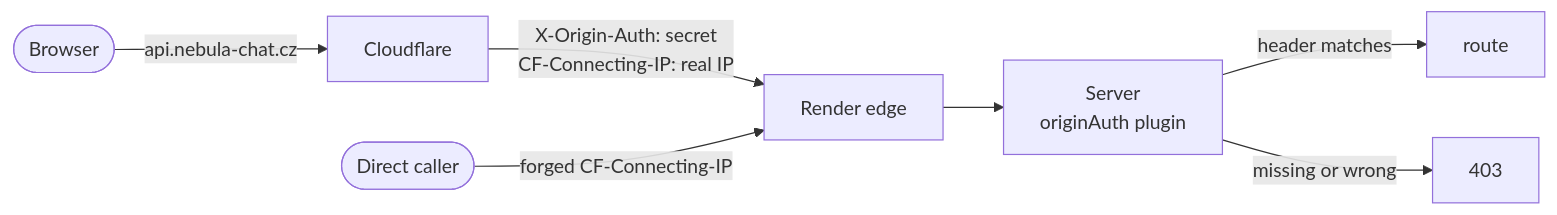
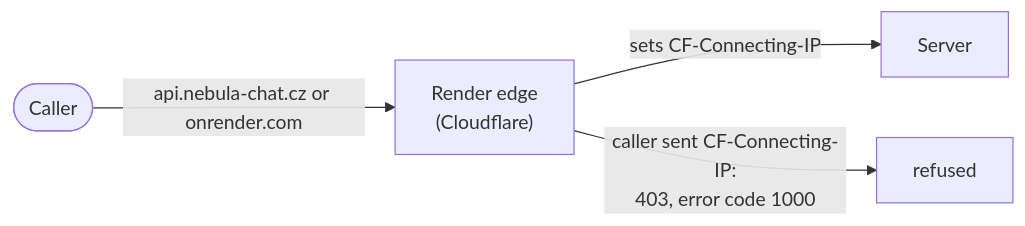
One commit to itsDaiton/nebula-chat changed the diagram in docs/origin-access.md. Above: the diagram before and after it, drawn with Mermaid. The commit also changed other lines of this file and 11 other files, not shown here.

First line of the commit message:
fix: NEB-900 document that Render's edge refuses a forged CF-Connecting-IP

````diff
--- a/docs/origin-access.md
+++ b/docs/origin-access.md
@@ -11,9 +14,6 @@
 ```mermaid
 flowchart LR
-  browser([Browser]) -->|api.nebula-chat.cz| cf[Cloudflare]
-  cf -->|"X-Origin-Auth: secret<br/>CF-Connecting-IP: real IP"| render[Render edge]
-  attacker([Direct caller]) -->|"forged CF-Connecting-IP"| render
-  render --> server["Server<br/>originAuth plugin"]
-  server -->|header matches| ok[route]
-  server -->|missing or wrong| refused[403]
+  caller([Caller]) -->|"api.nebula-chat.cz or onrender.com"| edge["Render edge<br/>(Cloudflare)"]
+  edge -->|"sets CF-Connecting-IP"| server[Server]
+  edge -->|"caller sent CF-Connecting-IP:<br/>403, error code 1000"| refused[refused]
 ```
````
